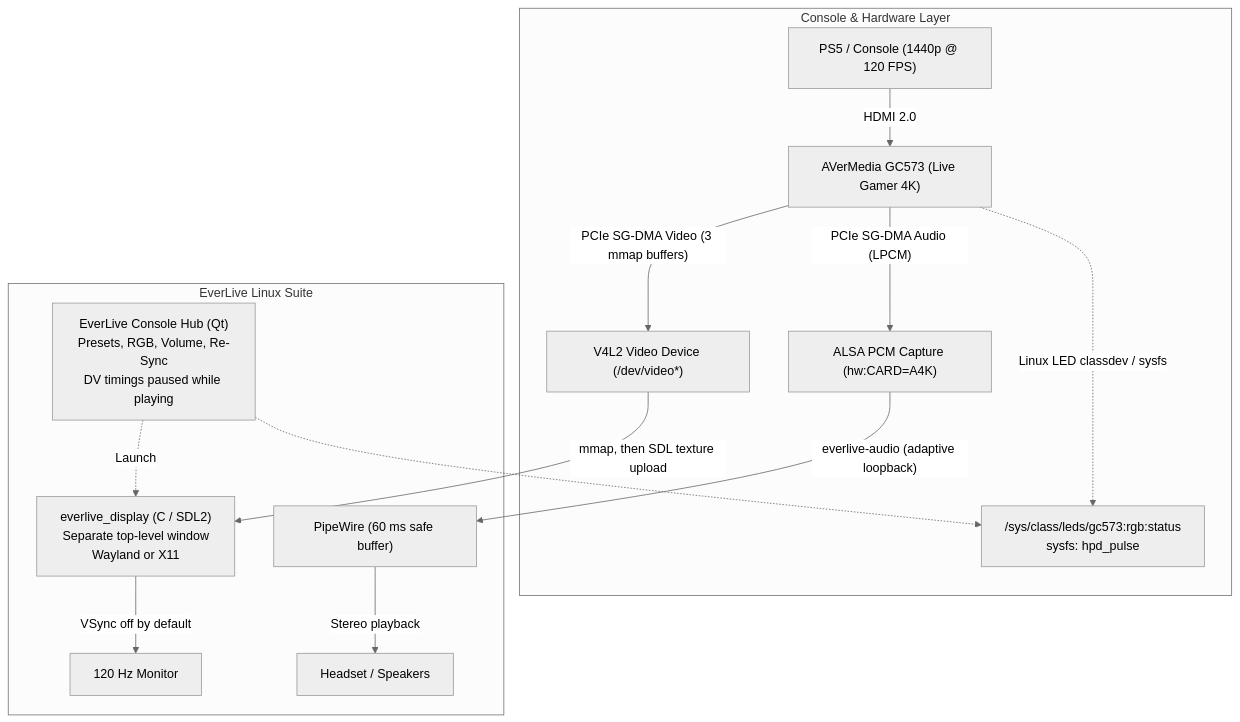
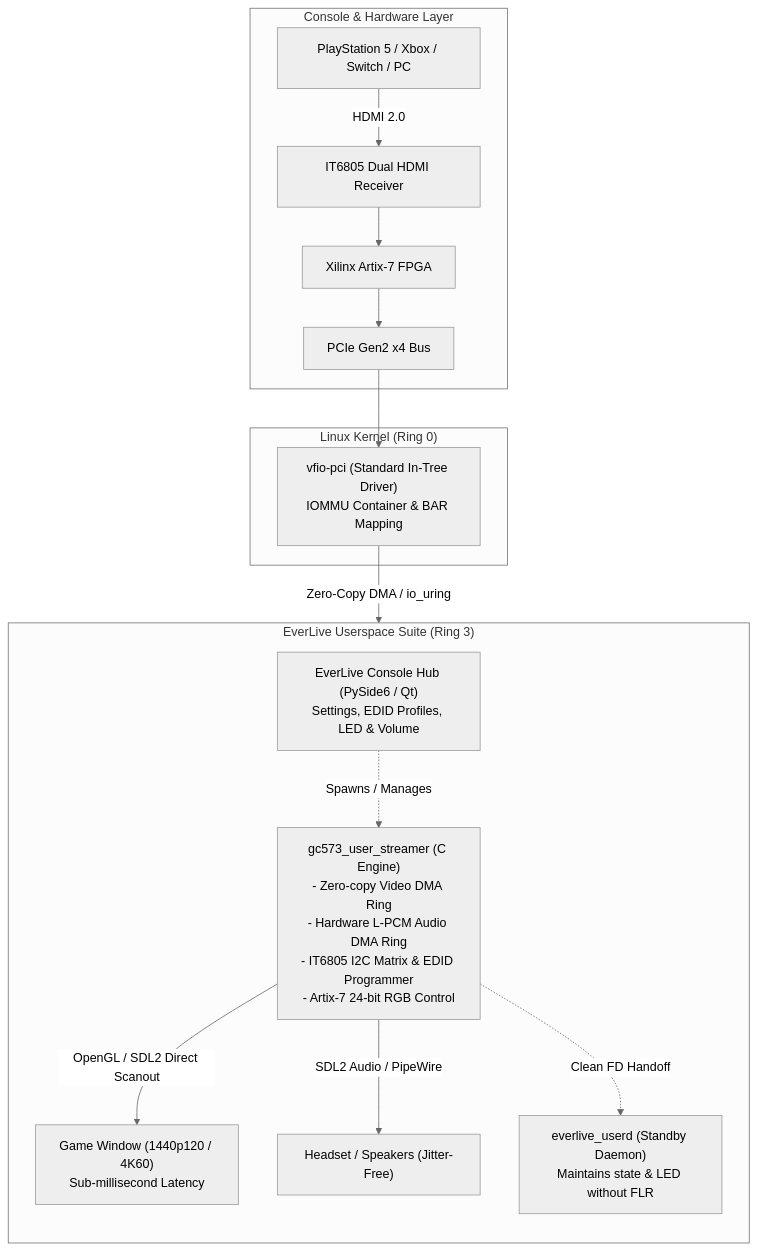
One commit to Everlite/EverLive changed the diagram in README.md. Above: the diagram before and after it, drawn with Mermaid (neutral theme). The commit also changed other lines of this file and 34 other files, not shown here.

Commit message:
feat(v1.0.0): transition to 100% userspace VFIO driver, archive kernel module to legacy

````diff
--- a/README.md
+++ b/README.md
@@ -130,21 +106,24 @@
 ```mermaid
 flowchart TD
-  subgraph Hardware["Console & Hardware Layer"]
-    ps5["PS5 / Console (1440p @ 120 FPS)"] -->|HDMI 2.0| gc573["AVerMedia GC573 (Live Gamer 4K)"]
-    gc573 -->|"PCIe SG-DMA Video (3 mmap buffers)"| v4l2["V4L2 Video Device (/dev/video*)"]
-    gc573 -->|"PCIe SG-DMA Audio (LPCM)"| alsa["ALSA PCM Capture (hw:CARD=A4K)"]
-    gc573 -.->|"Linux LED classdev / sysfs"| sysfs["/sys/class/leds/gc573:rgb:status<br/>sysfs: hpd_pulse"]
+  subgraph HW["Console & Hardware Layer"]
+    ps5["PlayStation 5 / Xbox / Switch / PC"] -->|HDMI 2.0| it6805["IT6805 Dual HDMI Receiver"]
+    it6805 --> fpga["Xilinx Artix-7 FPGA"]
+    fpga --> pcie["PCIe Gen2 x4 Bus"]
   end
 
-  subgraph EverLive["EverLive Linux Suite"]
-    hub["EverLive Console Hub (Qt)<br/>Presets, RGB, Volume, Re-Sync<br/>DV timings paused while playing"]
-    hub -.->|Launch| game["everlive_display (C / SDL2)<br/>Separate top-level window<br/>Wayland or X11"]
-    hub -.-> sysfs
+  subgraph Kernel["Linux Kernel (Ring 0)"]
+    vfio["vfio-pci (Standard In-Tree Driver)<br/>IOMMU Container & BAR Mapping"]
+    pcie --> vfio
+  end
 
-    v4l2 -->|"mmap, then SDL texture upload"| game
-    game -->|"VSync off by default"| screen["120 Hz Monitor"]
+  subgraph Userspace["EverLive Userspace Suite (Ring 3)"]
+    direction TB
+    vfio -->|"Zero-Copy DMA / io_uring"| streamer["gc573_user_streamer (C Engine)<br/>- Zero-copy Video DMA Ring<br/>- Hardware L-PCM Audio DMA Ring<br/>- IT6805 I2C Matrix & EDID Programmer<br/>- Artix-7 24-bit RGB Control"]
+    
+    streamer -->|"OpenGL / SDL2 Direct Scanout"| display["Game Window (1440p120 / 4K60)<br/>Sub-millisecond Latency"]
+    streamer -->|"SDL2 Audio / PipeWire"| audio["Headset / Speakers (Jitter-Free)"]
 
-    alsa -->|"everlive-audio (adaptive loopback)"| pw["PipeWire (60 ms safe buffer)"]
-    pw -->|Stereo playback| speakers["Headset / Speakers"]
+    gui["EverLive Console Hub (PySide6 / Qt)<br/>Settings, EDID Profiles, LED & Volume"] -.->|Spawns / Manages| streamer
+    streamer -.->|"Clean FD Handoff"| daemon["everlive_userd (Standby Daemon)<br/>Maintains state & LED without FLR"]
   end
 ```
````
